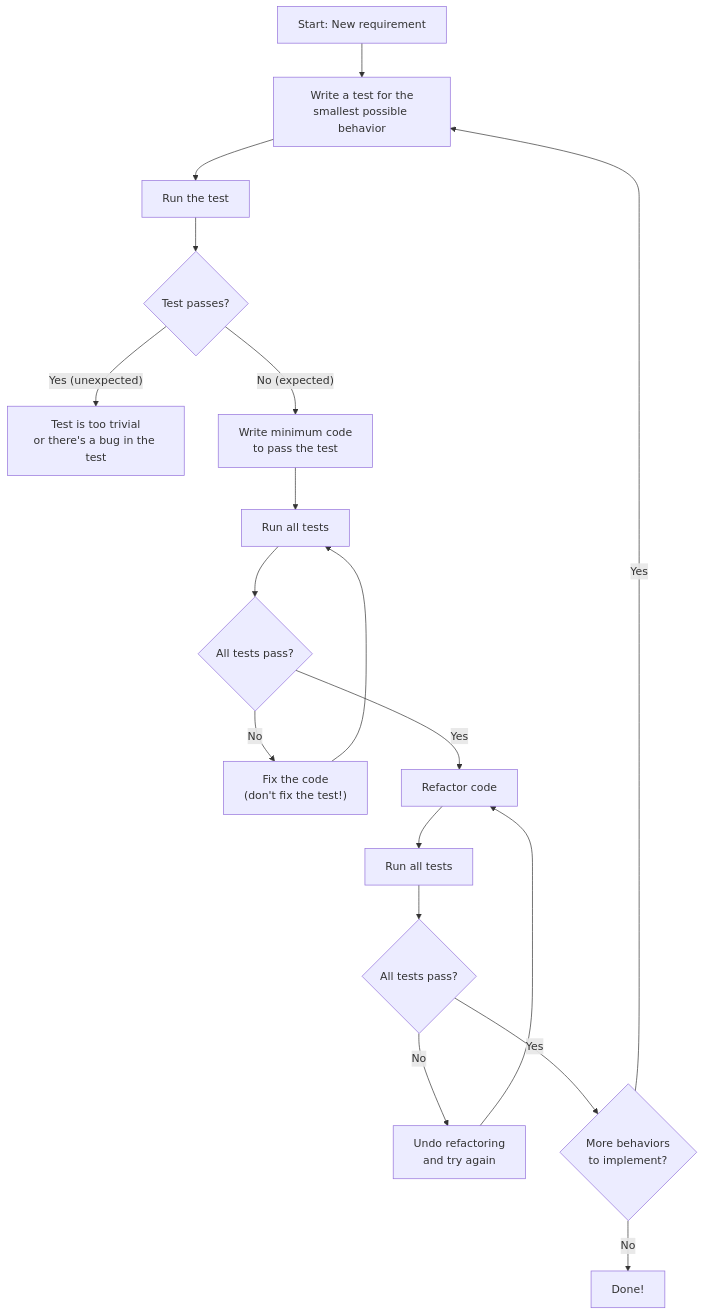
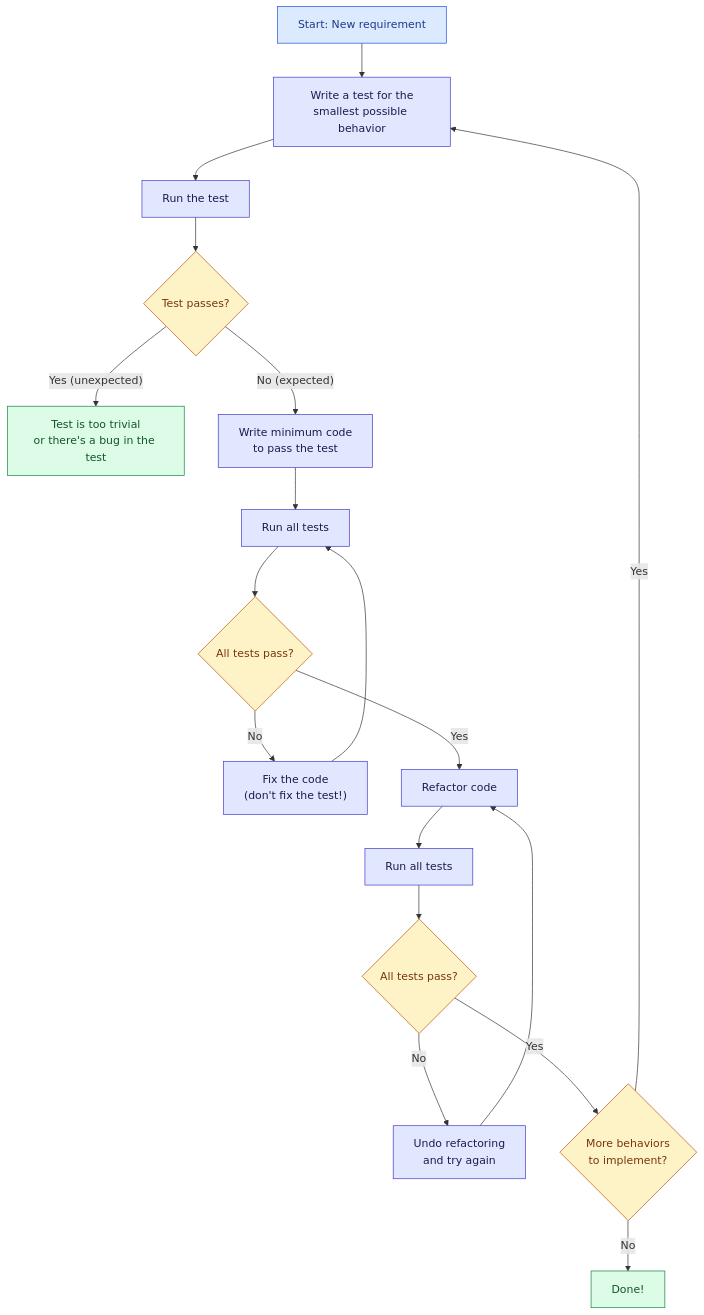
Before and after one commit to ghanendra-sdet/manual-testing-playbook: the ninth of 10 diagrams in Part_09_Agile_Testing.md, drawn with Mermaid. The commit also changed other lines of this file and 15 other files, not shown here.

Commit message:
Fix broken routes and anchors; update OWASP 2025, ISTQB v4.0, WCAG 2.2, Jira/Zephyr naming and pricing; style diagrams

````diff
--- a/Part_09_Agile_Testing.md
+++ b/Part_09_Agile_Testing.md
@@ -1535,20 +1586,30 @@
 ```mermaid
 graph TD
     A["Start: New requirement"] --> B["Write a test for the<br/>smallest possible behavior"]
     B --> C["Run the test"]
     C --> D{"Test passes?"}
     D -->|"Yes (unexpected)"| E["Test is too trivial<br/>or there's a bug in the test"]
     D -->|"No (expected)"| F["Write minimum code<br/>to pass the test"]
     F --> G["Run all tests"]
     G --> H{"All tests pass?"}
     H -->|"No"| I["Fix the code<br/>(don't fix the test!)"]
     I --> G
     H -->|"Yes"| J["Refactor code"]
     J --> K["Run all tests"]
     K --> L{"All tests pass?"}
     L -->|"No"| M["Undo refactoring<br/>and try again"]
     M --> J
     L -->|"Yes"| N{"More behaviors<br/>to implement?"}
     N -->|"Yes"| B
     N -->|"No"| O["Done!"]
+
+    classDef start fill:#dbeafe,stroke:#1d4ed8,color:#1e3a8a
+    classDef step fill:#e0e7ff,stroke:#4338ca,color:#1e1b4b
+    classDef decision fill:#fef3c7,stroke:#b45309,color:#78350f
+    classDef good fill:#dcfce7,stroke:#15803d,color:#14532d
+    classDef bad fill:#fee2e2,stroke:#b91c1c,color:#7f1d1d
+    class A start
+    class B,C,Yes,No,F,G,I,J,K,M step
+    class D,H,L,N decision
+    class E,O good
 ```
````
